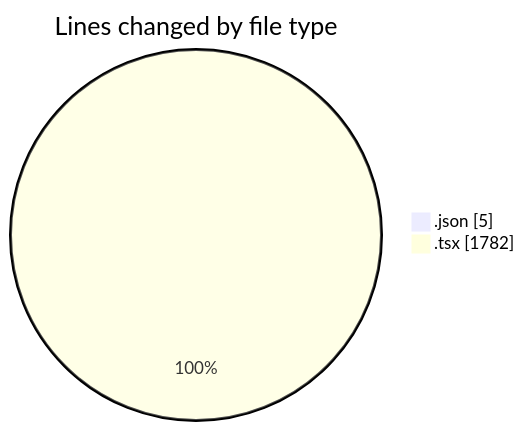
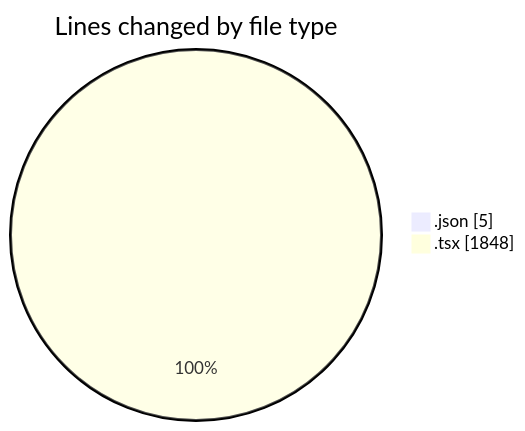
The first of 2 diagrams in 2025-05-29/advertise/README.md (Elitesun/code-tracking), drawn with Mermaid before and after one commit. The commit also changed other lines of this file and 1 other file, not shown here.

````diff
--- a/2025-05-29/advertise/README.md
+++ b/2025-05-29/advertise/README.md
@@ -26,6 +26,6 @@
 ```mermaid
 pie showData
 title Lines changed by file type
 ".json" : 5
-".tsx" : 1782
+".tsx" : 1848
 ```
````
